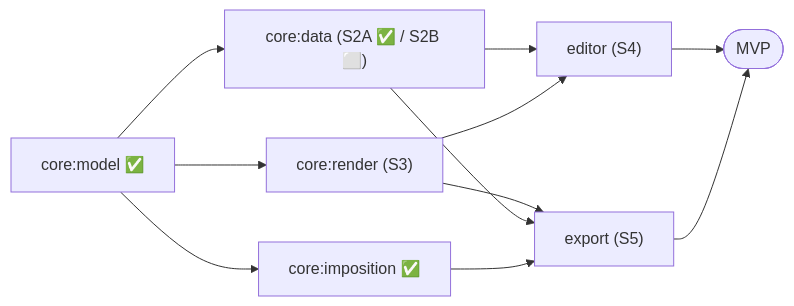
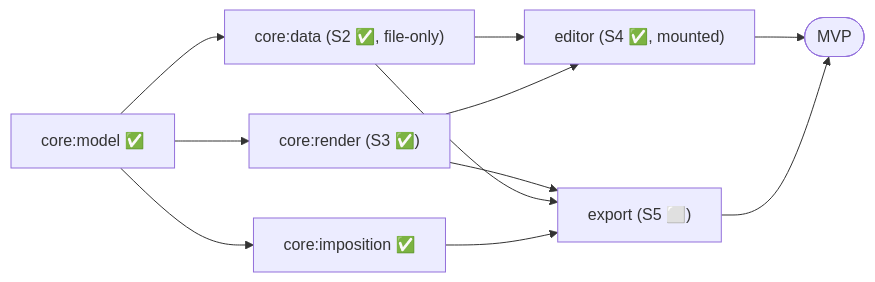
One commit to aritr-codes/zinely-android changed the tenth of 10 diagrams in docs/ARCHITECTURE.md. Above: the diagram before and after it, drawn with Mermaid. The commit also changed other lines of this file and 38 other files, not shown here.

````diff
--- a/docs/ARCHITECTURE.md
+++ b/docs/ARCHITECTURE.md
@@ -408,13 +412,13 @@
 ```mermaid
 flowchart LR
     M["core:model ✅"] --> I["core:imposition ✅"]
-    M --> D["core:data (S2A ✅ / S2B ⬜)"]
-    M --> R["core:render (S3)"]
-    D --> E["editor (S4)"]
+    M --> D["core:data (S2 ✅, file-only)"]
+    M --> R["core:render (S3 ✅)"]
+    D --> E["editor (S4 ✅, mounted)"]
     R --> E
-    R --> X["export (S5)"]
+    R --> X["export (S5 ⬜)"]
     D --> X
     I --> X
     E --> MVP(["MVP"])
     X --> MVP
 ```
````
